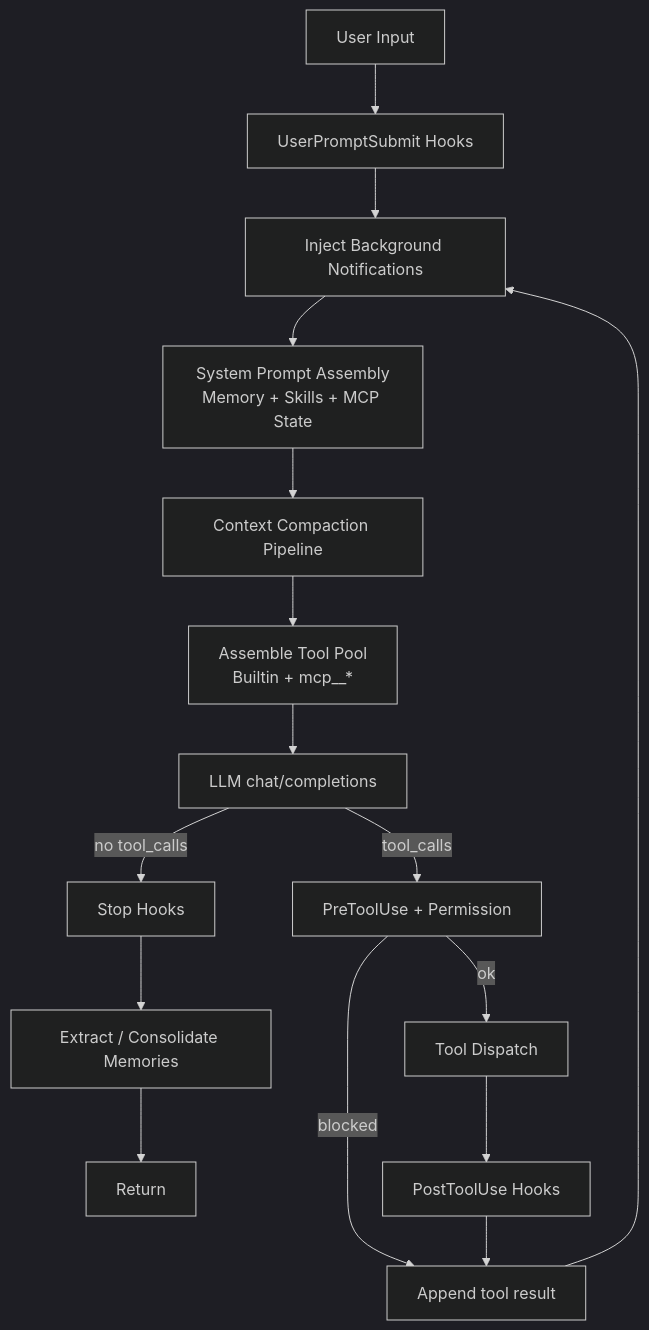
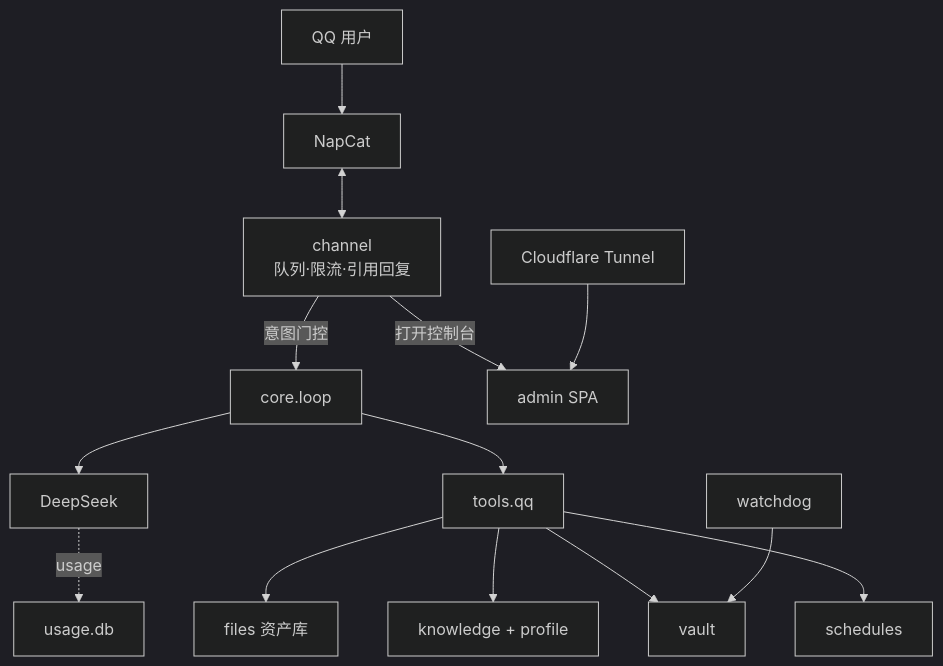
One commit to Covertrick/Tiny-Claude-Code changed the diagram in README.md. Above: the diagram before and after it, drawn with Mermaid (dark theme). The commit also changed other lines of this file and 76 other files, not shown here.

````diff
--- a/README.md
+++ b/README.md
@@ -20,18 +50,16 @@
 ```mermaid
-flowchart TD
-  U[User Input] --> H0[UserPromptSubmit Hooks]
-  H0 --> BG[Inject Background Notifications]
-  BG --> SYS[System Prompt Assembly<br/>Memory + Skills + MCP State]
-  SYS --> CMP[Context Compaction Pipeline]
-  CMP --> POOL[Assemble Tool Pool<br/>Builtin + mcp__*]
-  POOL --> LLM[LLM chat/completions]
-  LLM -->|no tool_calls| STOP[Stop Hooks]
-  STOP --> MEM[Extract / Consolidate Memories]
-  MEM --> END[Return]
-  LLM -->|tool_calls| PRE[PreToolUse + Permission]
-  PRE -->|blocked| TR[Append tool result]
-  PRE -->|ok| EX[Tool Dispatch]
-  EX --> POST[PostToolUse Hooks]
-  POST --> TR
-  TR --> BG
+flowchart TB
+  QQ[QQ 用户] --> NC[NapCat]
+  NC <--> CH[channel<br/>队列·限流·引用回复]
+  CH -->|意图门控| LOOP[core.loop]
+  LOOP --> LLM[DeepSeek]
+  LOOP --> T[tools.qq]
+  T --> F[files 资产库]
+  T --> K[knowledge + profile]
+  T --> V[vault]
+  T --> S[schedules]
+  W[watchdog] --> V
+  CH -->|打开控制台| AD[admin SPA]
+  CF[Cloudflare Tunnel] --> AD
+  LLM -.->|usage| U[usage.db]
 ```
````
